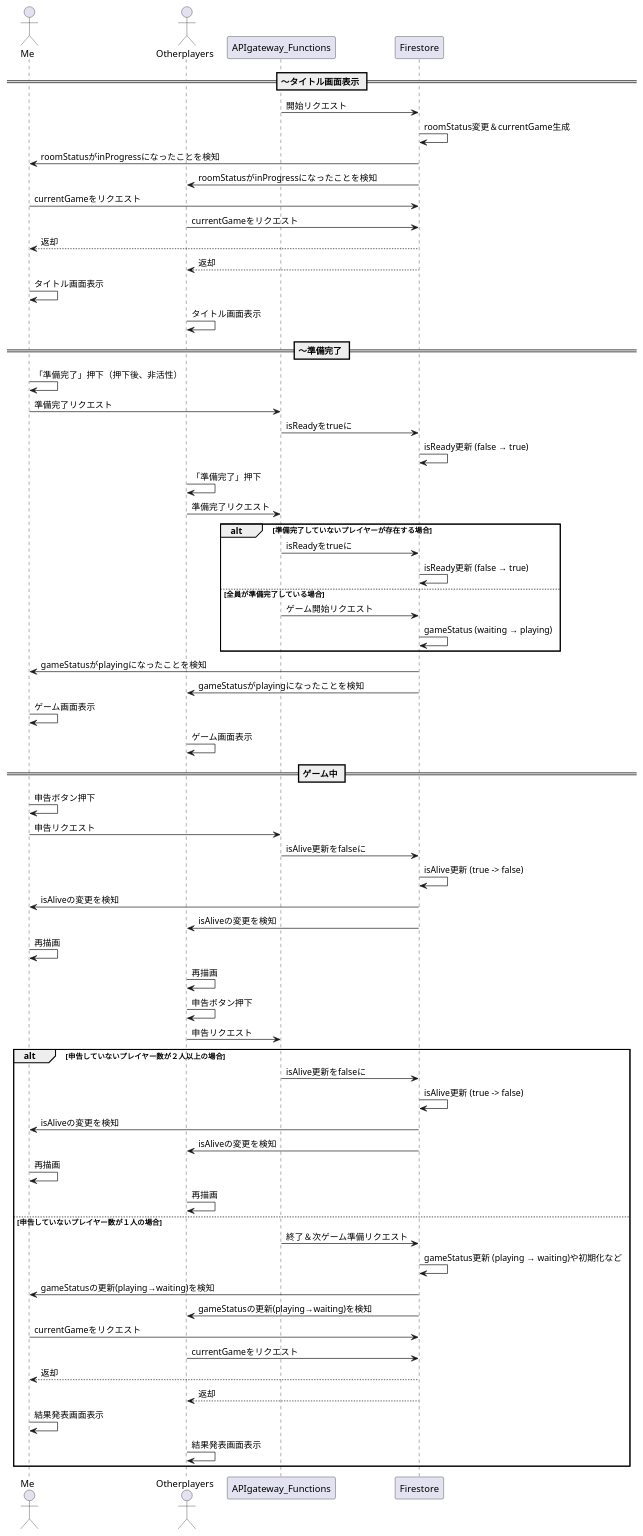
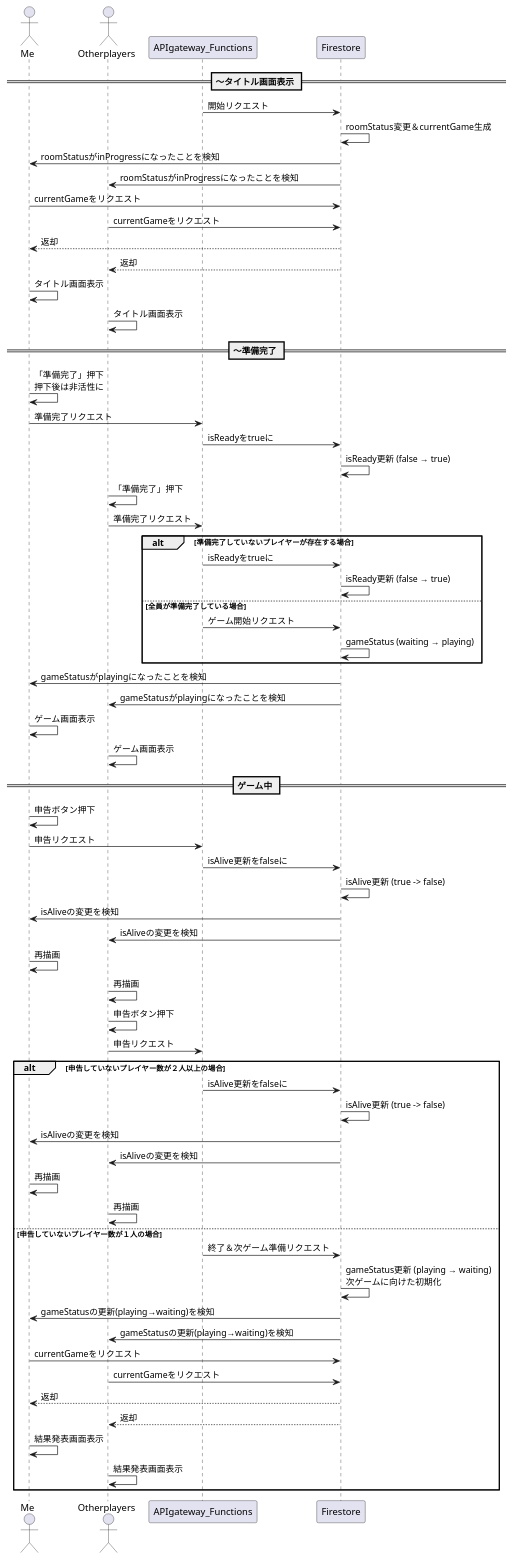
One commit to hi-okuma/bdghub changed the diagram in doc/sequence/0001_NGword.wsd. Above: the diagram before and after it, drawn with PlantUML. The commit also changed 41 other files, not shown here.

```diff
--- a/doc/sequence/0001_NGword.wsd
+++ b/doc/sequence/0001_NGword.wsd
@@ -1,76 +1,76 @@
 @startuml
 
 actor Me
 actor Otherplayers
 
 participant APIgateway_Functions
 participant Firestore
 
 == 〜タイトル画面表示 ==
 APIgateway_Functions -> Firestore: 開始リクエスト
 Firestore -> Firestore: roomStatus変更＆currentGame生成
 Me <- Firestore: roomStatusがinProgressになったことを検知
 Otherplayers <- Firestore: roomStatusがinProgressになったことを検知
 Me -> Firestore: currentGameをリクエスト
 Otherplayers -> Firestore: currentGameをリクエスト
 Me <-- Firestore: 返却
 Otherplayers <-- Firestore: 返却
 Me -> Me: タイトル画面表示
 Otherplayers -> Otherplayers: タイトル画面表示
 
 == 〜準備完了 ==
-Me -> Me: 「準備完了」押下（押下後、非活性）
+Me -> Me: 「準備完了」押下\n押下後は非活性に
 Me -> APIgateway_Functions: 準備完了リクエスト
 APIgateway_Functions -> Firestore: isReadyをtrueに
 Firestore -> Firestore: isReady更新 (false → true)
 
 Otherplayers -> Otherplayers: 「準備完了」押下
 Otherplayers -> APIgateway_Functions: 準備完了リクエスト
 
 alt 準備完了していないプレイヤーが存在する場合
 APIgateway_Functions -> Firestore: isReadyをtrueに
 Firestore -> Firestore: isReady更新 (false → true)
 else 全員が準備完了している場合
 APIgateway_Functions -> Firestore: ゲーム開始リクエスト
 Firestore -> Firestore: gameStatus (waiting → playing)
 end
 
 Me <- Firestore: gameStatusがplayingになったことを検知
 Otherplayers <- Firestore: gameStatusがplayingになったことを検知
 Me -> Me: ゲーム画面表示
 Otherplayers -> Otherplayers: ゲーム画面表示
 
 == ゲーム中 ==
 Me -> Me: 申告ボタン押下
 Me -> APIgateway_Functions: 申告リクエスト
 APIgateway_Functions -> Firestore: isAlive更新をfalseに
 Firestore -> Firestore: isAlive更新 (true -> false)
 Me <- Firestore: isAliveの変更を検知
 Otherplayers <- Firestore: isAliveの変更を検知
 Me -> Me: 再描画
 Otherplayers -> Otherplayers: 再描画
 
 Otherplayers -> Otherplayers: 申告ボタン押下
 Otherplayers -> APIgateway_Functions: 申告リクエスト
 
 alt 申告していないプレイヤー数が２人以上の場合
 APIgateway_Functions -> Firestore: isAlive更新をfalseに
 Firestore -> Firestore: isAlive更新 (true -> false)
 Me <- Firestore: isAliveの変更を検知
 Otherplayers <- Firestore: isAliveの変更を検知
 Me -> Me: 再描画
 Otherplayers -> Otherplayers: 再描画
 else 申告していないプレイヤー数が１人の場合
 APIgateway_Functions -> Firestore: 終了＆次ゲーム準備リクエスト
-Firestore -> Firestore: gameStatus更新 (playing → waiting)や初期化など
+Firestore -> Firestore: gameStatus更新 (playing → waiting)\n次ゲームに向けた初期化
 Me <- Firestore: gameStatusの更新(playing→waiting)を検知
 Otherplayers <- Firestore: gameStatusの更新(playing→waiting)を検知
 Me -> Firestore: currentGameをリクエスト
 Otherplayers -> Firestore: currentGameをリクエスト
 Me <-- Firestore: 返却
 Otherplayers <-- Firestore: 返却
 Me -> Me: 結果発表画面表示
 Otherplayers -> Otherplayers: 結果発表画面表示
 end
 
 @enduml
```
